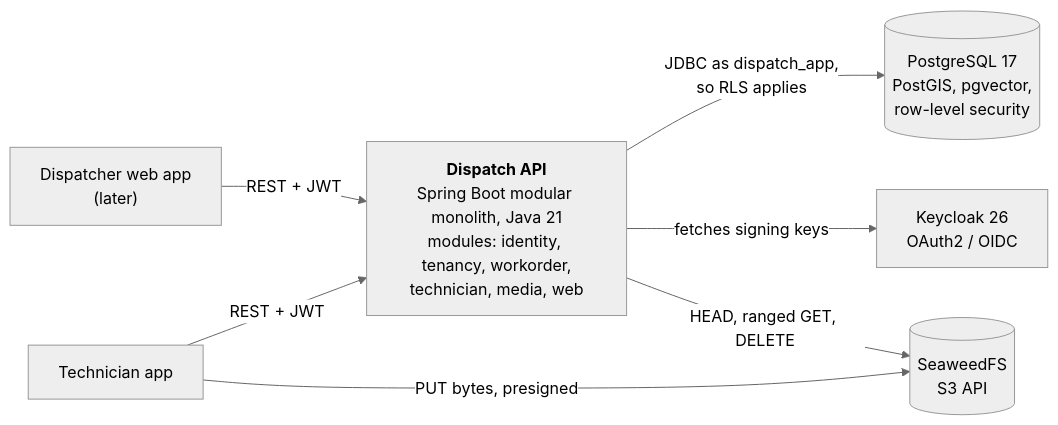
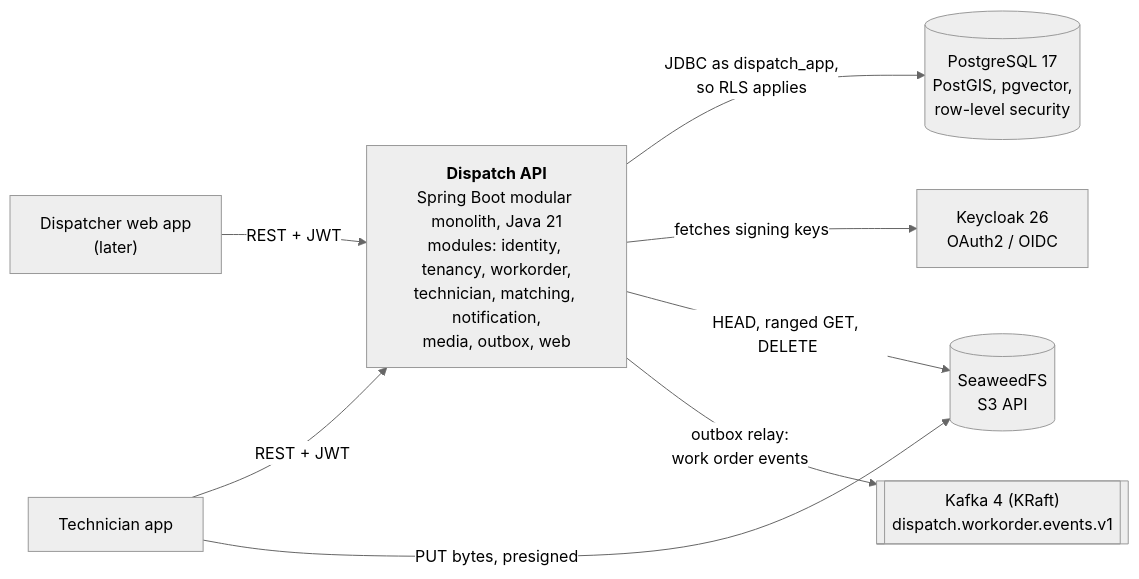
Before and after one commit to md-rashed-zaman/dispatch-platform: the second of 3 diagrams in README.md, drawn with Mermaid (neutral theme). The commit also changed other lines of this file and 21 other files, not shown here.

First line of the commit message:
feat: transactional outbox to Kafka for work order lifecycle events

````diff
--- a/README.md
+++ b/README.md
@@ -42,15 +43,17 @@
 ```mermaid
 flowchart LR
   web["Dispatcher web app<br/>(later)"]
   phone["Technician app"]
-  api["<b>Dispatch API</b><br/>Spring Boot modular monolith, Java 21<br/>modules: identity, tenancy, workorder,<br/>technician, media, web"]
+  api["<b>Dispatch API</b><br/>Spring Boot modular monolith, Java 21<br/>modules: identity, tenancy, workorder,<br/>technician, matching, notification,<br/>media, outbox, web"]
   pg[("PostgreSQL 17<br/>PostGIS, pgvector,<br/>row-level security")]
   kc["Keycloak 26<br/>OAuth2 / OIDC"]
   s3[("SeaweedFS<br/>S3 API")]
+  kafka[["Kafka 4 (KRaft)<br/>dispatch.workorder.events.v1"]]
   web -- "REST + JWT" --> api
   phone -- "REST + JWT" --> api
   phone -- "PUT bytes, presigned" --> s3
   api -- "JDBC as dispatch_app,<br/>so RLS applies" --> pg
   api -- "fetches signing keys" --> kc
   api -- "HEAD, ranged GET, DELETE" --> s3
+  api -- "outbox relay:<br/>work order events" --> kafka
 ```
````
